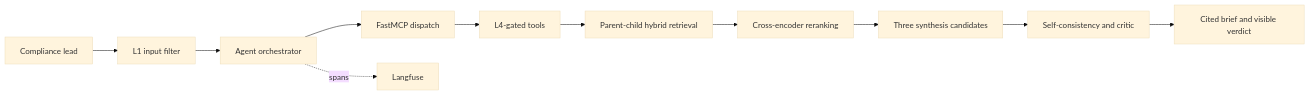
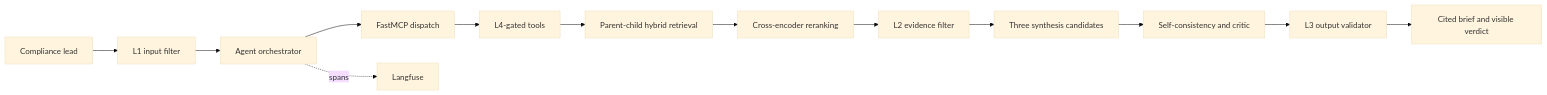
Before and after one commit to LikhitaYerra/aegis-eu-agent: the diagram in REPORT.md, drawn with Mermaid (base theme). The commit also changed other lines of this file and 6 other files, not shown here.

````diff
--- a/REPORT.md
+++ b/REPORT.md
@@ -27,13 +29,15 @@
 ```mermaid
 flowchart LR
     U[Compliance lead] --> G[L1 input filter]
     G --> A[Agent orchestrator]
     A --> M[FastMCP dispatch]
     M --> T[L4-gated tools]
     T --> R[Parent-child hybrid retrieval]
     R --> X[Cross-encoder reranking]
-    X --> S[Three synthesis candidates]
+    X --> E[L2 evidence filter]
+    E --> S[Three synthesis candidates]
     S --> C[Self-consistency and critic]
-    C --> O[Cited brief and visible verdict]
+    C --> V[L3 output validator]
+    V --> O[Cited brief and visible verdict]
     A -. spans .-> L[Langfuse]
 ```
````
